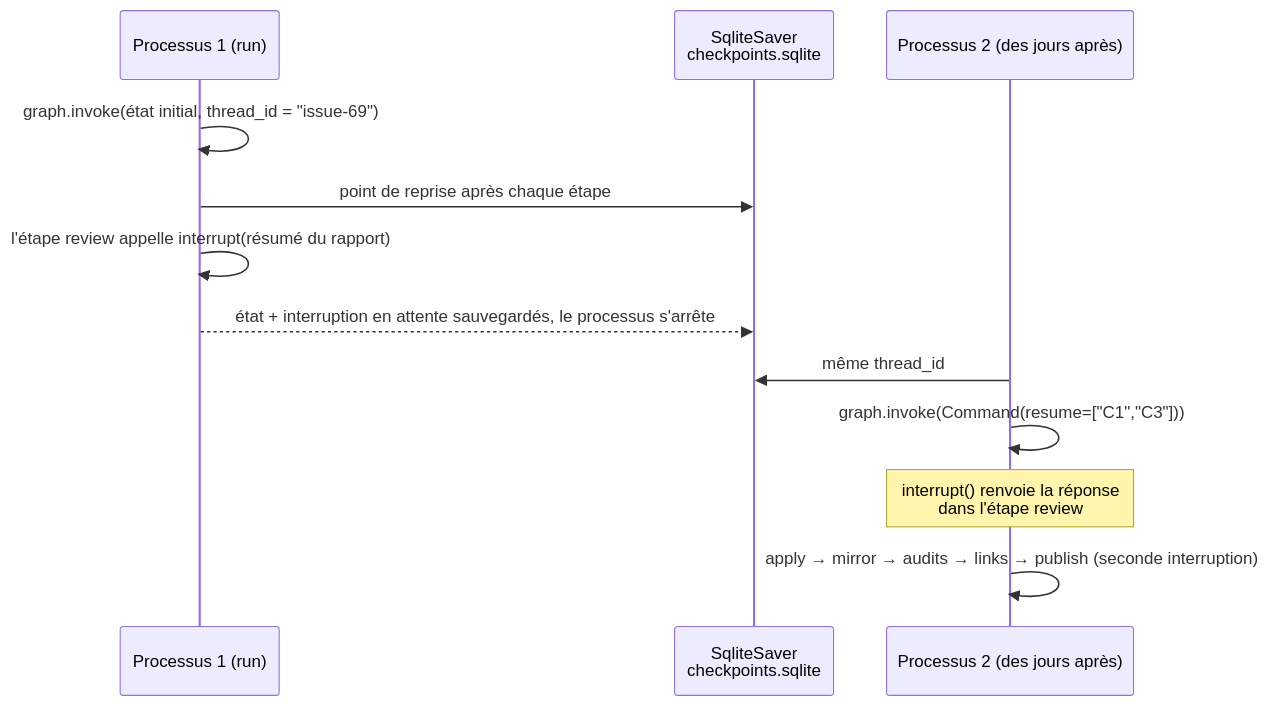
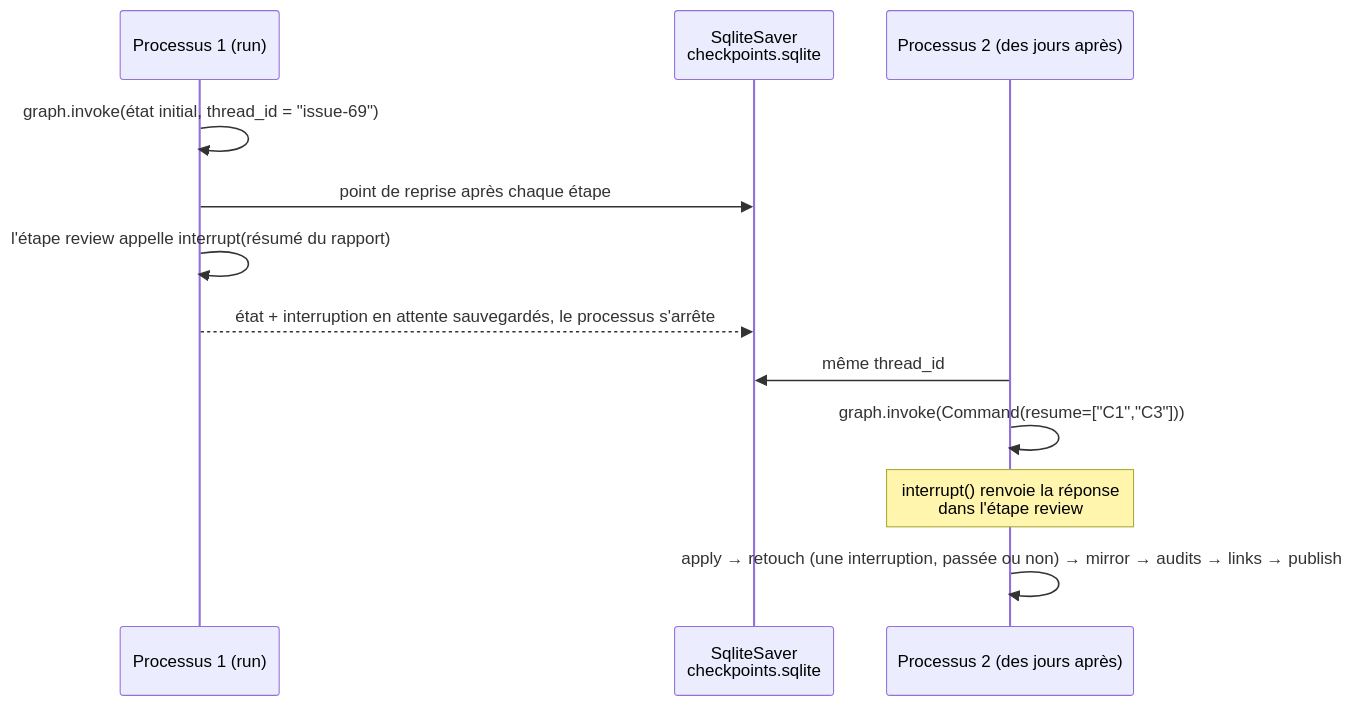
Before and after one commit to DamienBecherini/vault-watch-agent: the fifth of 6 diagrams in docs/fr/code.md, drawn with Mermaid. The commit also changed other lines of this file and 22 other files, not shown here.

````diff
--- a/docs/fr/code.md
+++ b/docs/fr/code.md
@@ -218,14 +219,14 @@
 ```mermaid
 sequenceDiagram
   participant P1 as Processus 1 (run)
   participant S as SqliteSaver<br/>checkpoints.sqlite
   participant P2 as Processus 2 (des jours après)
   P1->>P1: graph.invoke(état initial, thread_id = "issue-69")
   P1->>S: point de reprise après chaque étape
   P1->>P1: l'étape review appelle interrupt(résumé du rapport)
   P1-->>S: état + interruption en attente sauvegardés, le processus s'arrête
   P2->>S: même thread_id
   P2->>P2: graph.invoke(Command(resume=["C1","C3"]))
   Note over P2: interrupt() renvoie la réponse<br/>dans l'étape review
-  P2->>P2: apply → mirror → audits → links → publish (seconde interruption)
+  P2->>P2: apply → retouch (une interruption, passée ou non) → mirror → audits → links → publish
 ```
````
